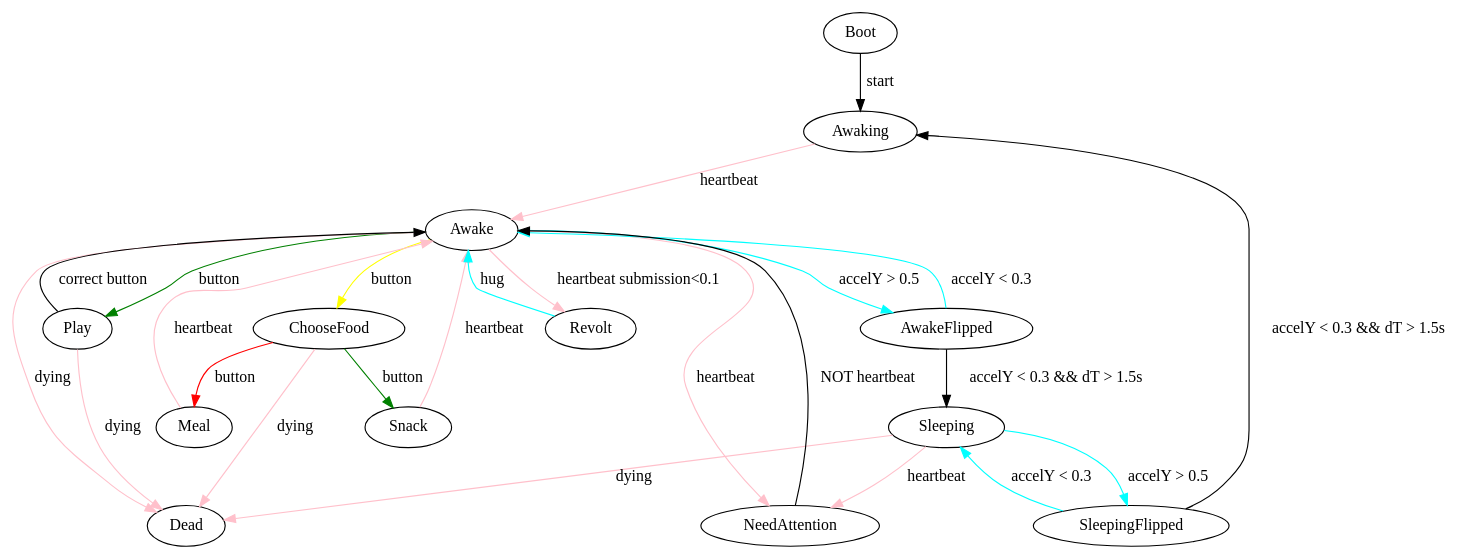
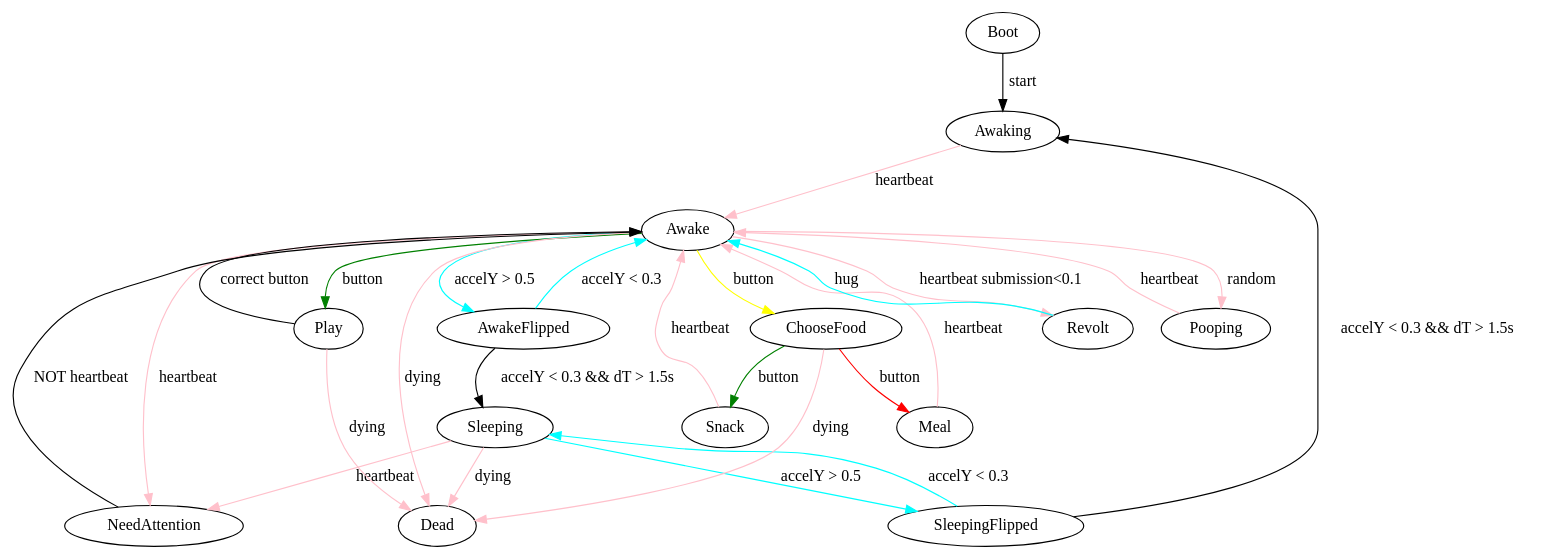
One commit to titouanc/sicp-project changed the diagram in states.dot. Above: the diagram before and after it, drawn with Graphviz. The commit also changed 3 other files, not shown here.

```diff
--- a/states.dot
+++ b/states.dot
@@ -1,33 +1,36 @@
 digraph virtualpet {
     Boot -> Awaking [label="start"];
     Awaking -> Awake [label="heartbeat", color="pink"];
 
     Awake -> AwakeFlipped [label="accelY > 0.5", color="cyan"];
     AwakeFlipped -> Awake [label="accelY < 0.3", color="cyan"];
     AwakeFlipped -> Sleeping [label="accelY < 0.3 && dT > 1.5s"];
 
     Sleeping -> SleepingFlipped [label="accelY > 0.5", color="cyan"];
     SleepingFlipped -> Sleeping [label="accelY < 0.3", color="cyan"];
     SleepingFlipped -> Awaking [label="accelY < 0.3 && dT > 1.5s"];
 
     Awake -> Play [label="button", color="green"];
     Play -> Awake [label="correct button"];
 
     Sleeping -> NeedAttention [label="heartbeat", color="pink"];
     Awake -> NeedAttention [label="heartbeat", color="pink"];
     NeedAttention -> Awake [label="NOT heartbeat"];
 
     Awake -> ChooseFood [label="button", color="yellow"];
     ChooseFood -> Snack [label="button", color="green"];
     ChooseFood -> Meal  [label="button", color="red"];
     Snack -> Awake [label="heartbeat", color="pink"];
     Meal -> Awake [label="heartbeat", color="pink"];
 
     Awake -> Revolt [label="heartbeat submission<0.1", color="pink"];
     Revolt -> Awake [label="hug", color="cyan"];
 
     Awake -> Dead [label="dying", color="pink"];
     Sleeping -> Dead [label="dying", color="pink"];
     Play -> Dead [label="dying", color="pink"];
     ChooseFood -> Dead [label="dying", color="pink"];
+
+    Awake -> Pooping [label="random", color="pink"];
+    Pooping -> Awake [label="heartbeat", color="pink"];
 }
```
